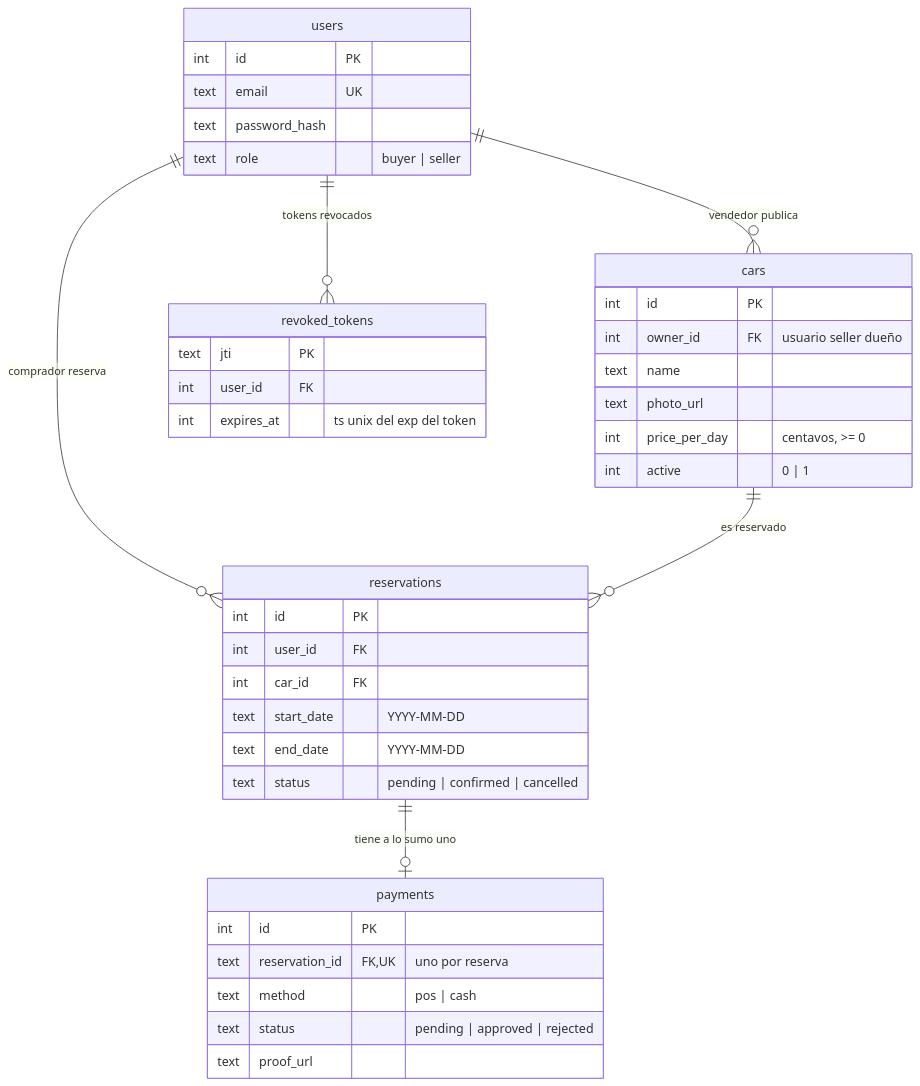
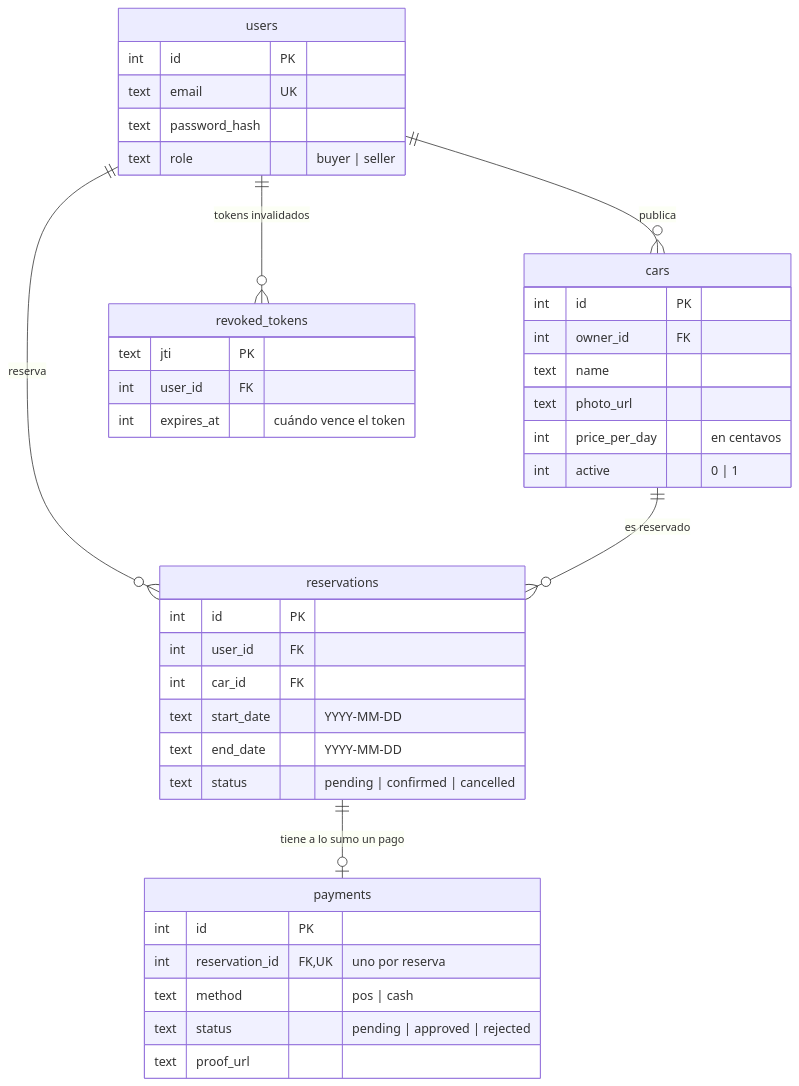
Before and after one commit to pinolrent/pinolrent-api: the first of 2 diagrams in docs/arquitectura.md, drawn with Mermaid. The commit also changed other lines of this file and 10 other files, not shown here.

````diff
--- a/docs/arquitectura.md
+++ b/docs/arquitectura.md
@@ -39,43 +31,43 @@
 ```mermaid
 erDiagram
     users {
         int id PK
         text email UK
         text password_hash
         text role "buyer | seller"
     }
     cars {
         int id PK
-        int owner_id FK "usuario seller dueño"
+        int owner_id FK
         text name
         text photo_url
-        int price_per_day "centavos, >= 0"
+        int price_per_day "en centavos"
         int active "0 | 1"
     }
     reservations {
         int id PK
         int user_id FK
         int car_id FK
         text start_date "YYYY-MM-DD"
         text end_date "YYYY-MM-DD"
         text status "pending | confirmed | cancelled"
     }
     payments {
         int id PK
-        text reservation_id FK, UK "uno por reserva"
+        int reservation_id FK, UK "uno por reserva"
         text method "pos | cash"
         text status "pending | approved | rejected"
         text proof_url
     }
     revoked_tokens {
         text jti PK
         int user_id FK
-        int expires_at "ts unix del exp del token"
+        int expires_at "cuándo vence el token"
     }
 
-    users ||--o{ reservations : "comprador reserva"
-    users ||--o{ cars : "vendedor publica"
+    users ||--o{ reservations : "reserva"
+    users ||--o{ cars : "publica"
     cars ||--o{ reservations : "es reservado"
-    reservations ||--o| payments : "tiene a lo sumo uno"
-    users ||--o{ revoked_tokens : "tokens revocados"
+    reservations ||--o| payments : "tiene a lo sumo un pago"
+    users ||--o{ revoked_tokens : "tokens invalidados"
 ```
````
